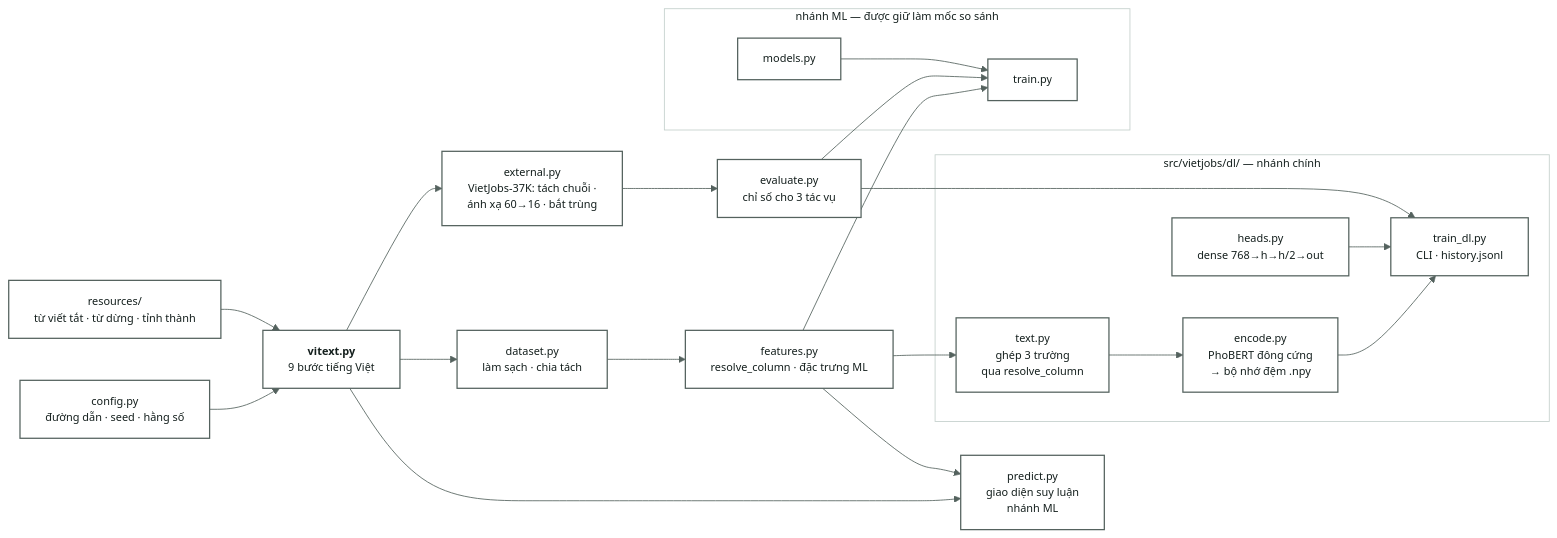
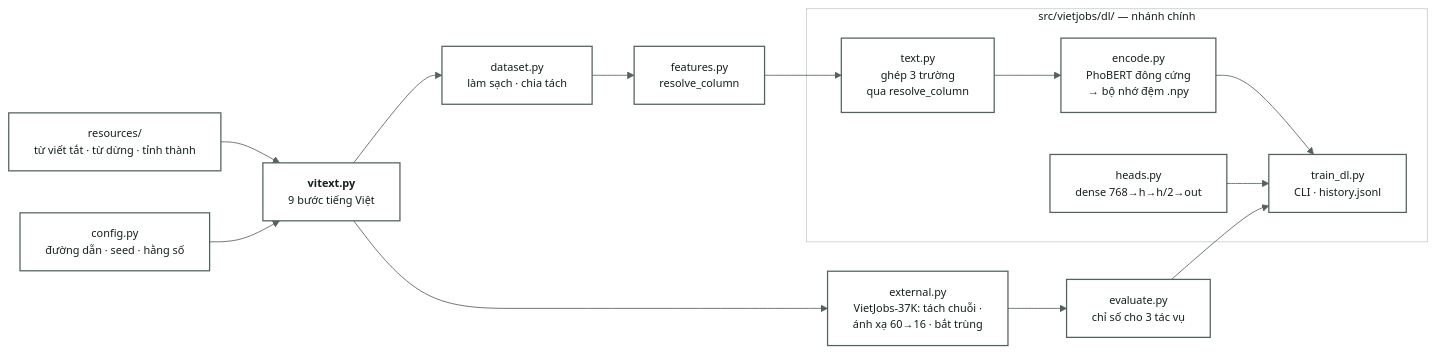
Before and after one commit to boy2407/vietjobs: the diagram in docs/08-ma-nguon.md, drawn with Mermaid. The commit also changed other lines of this file and 76 other files, not shown here.

````diff
--- a/docs/08-ma-nguon.md
+++ b/docs/08-ma-nguon.md
@@ -10,42 +10,32 @@
 ```mermaid
 %%{init:{'theme':'base','themeVariables':{
   'primaryColor':'#EFF3F1','primaryTextColor':'#141F1D','primaryBorderColor':'#54625E',
   'lineColor':'#54625E','fontSize':'13px','fontFamily':'Be Vietnam Pro, Segoe UI, sans-serif',
   'clusterBkg':'#FFFFFF','clusterBorder':'#C3CFCB','edgeLabelBackground':'#FFFFFF',
   'secondaryColor':'#FFFFFF','tertiaryColor':'#FFFFFF','mainBkg':'#FFFFFF',
   'nodeTextColor':'#141F1D','titleColor':'#141F1D'}}}%%
 flowchart LR
     classDef default fill:#FFFFFF,stroke:#54625E,stroke-width:1.5px,color:#141F1D
     CFG["config.py<br/>đường dẫn · seed · hằng số"]
     VT["<b>vitext.py</b><br/>9 bước tiếng Việt"]
     DS["dataset.py<br/>làm sạch · chia tách"]
-    FT["features.py<br/>resolve_column · đặc trưng ML"]
+    FT["features.py<br/>resolve_column"]
     EV["evaluate.py<br/>chỉ số cho 3 tác vụ"]
     RES["resources/<br/>từ viết tắt · từ dừng · tỉnh thành"]
     subgraph DL["src/vietjobs/dl/ — nhánh chính"]
       TX["text.py<br/>ghép 3 trường<br/>qua resolve_column"]
       EN["encode.py<br/>PhoBERT đông cứng<br/>→ bộ nhớ đệm .npy"]
       HD["heads.py<br/>dense 768→h→h/2→out"]
       TD["train_dl.py<br/>CLI · history.jsonl"]
     end
-    subgraph ML["nhánh ML — được giữ làm mốc so sánh"]
-      MD["models.py"]
-      TR["train.py"]
-    end
-    PR["predict.py<br/>giao diện suy luận<br/>nhánh ML"]
     EX["external.py<br/>VietJobs-37K: tách chuỗi ·<br/>ánh xạ 60→16 · bắt trùng"]
 
     RES --> VT
     VT --> EX
     EX --> EV
     CFG --> VT
     VT --> DS --> FT
     FT --> TX --> EN --> TD
     HD --> TD
     EV --> TD
-    FT --> TR
-    MD --> TR
-    EV --> TR
-    VT --> PR
-    FT --> PR
 ```
````
